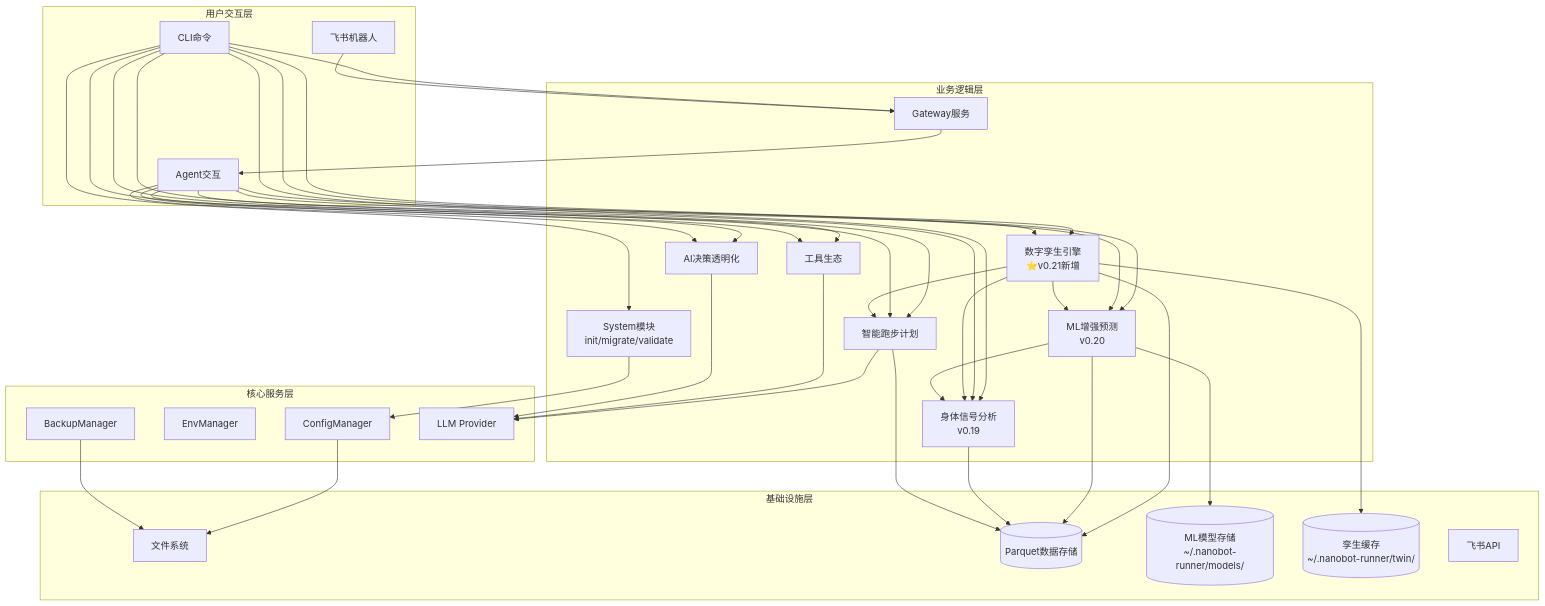
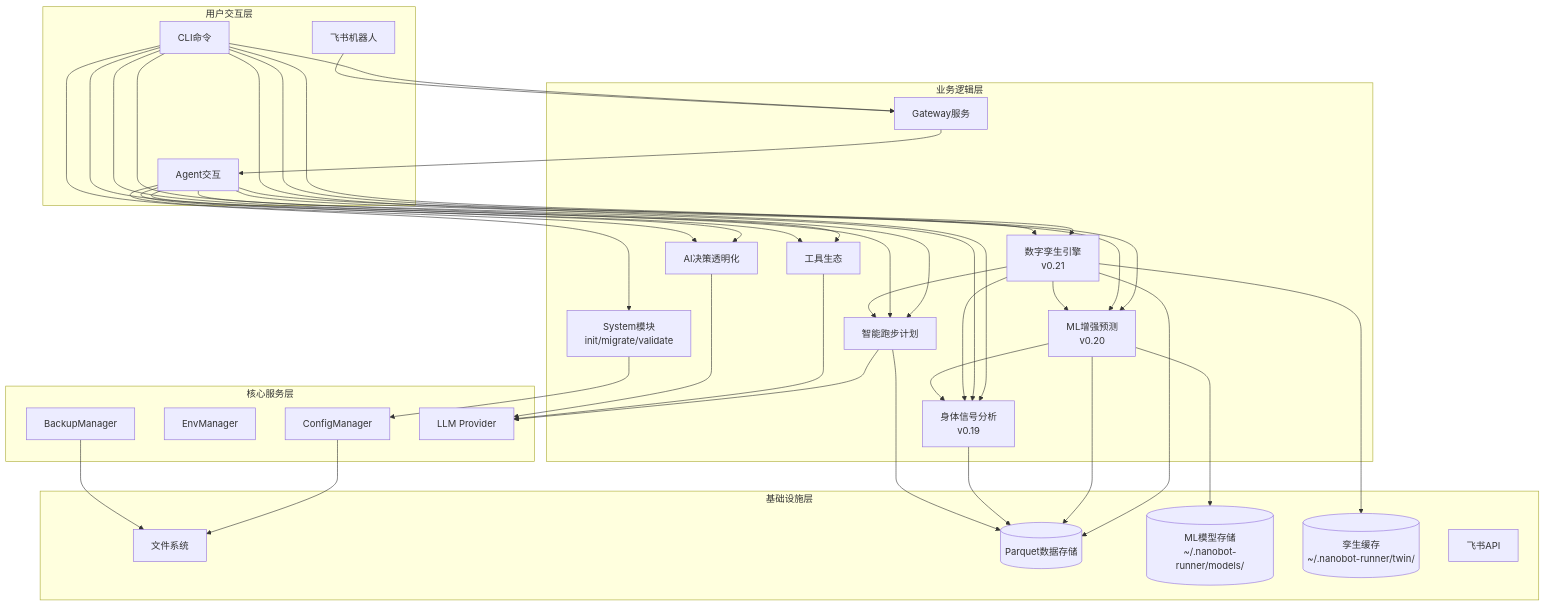
The diagram in docs/architecture/架构设计说明书.md (yecllsl/nanobot-runner), drawn with Mermaid before and after one commit. The commit also changed other lines of this file and 10 other files, not shown here.

````diff
--- a/docs/architecture/架构设计说明书.md
+++ b/docs/architecture/架构设计说明书.md
@@ -133,71 +143,71 @@
 ```mermaid
 graph TB
     subgraph "用户交互层"
         CLI[CLI命令]
         AGENT[Agent交互]
         FEISHU[飞书机器人]
     end
 
     subgraph "业务逻辑层"
         SYSTEM[System模块<br/>init/migrate/validate]
         PLAN[智能跑步计划]
         TOOLS[工具生态]
         TRANSPARENCY[AI决策透明化]
         BODY_SIGNAL[身体信号分析<br/>v0.19]
         PREDICTION[ML增强预测<br/>v0.20]
-        TWIN[数字孪生引擎<br/>⭐v0.21新增]
+        TWIN[数字孪生引擎<br/>v0.21]
         GATEWAY[Gateway服务]
     end
 
     subgraph "核心服务层"
         CONFIG[ConfigManager]
         ENV[EnvManager]
         BACKUP[BackupManager]
         LLM[LLM Provider]
     end
 
     subgraph "基础设施层"
         FS[文件系统]
         DB[(Parquet数据存储)]
         MODELS[(ML模型存储<br/>~/.nanobot-runner/models/)]
         TWIN_CACHE[(孪生缓存<br/>~/.nanobot-runner/twin/)]
         FEISHU_API[飞书API]
     end
 
     CLI --> SYSTEM
     CLI --> PLAN
     CLI --> TOOLS
     CLI --> TRANSPARENCY
     CLI --> BODY_SIGNAL
     CLI --> PREDICTION
     CLI --> TWIN
     CLI --> GATEWAY
 
     AGENT --> PLAN
     AGENT --> TOOLS
     AGENT --> TRANSPARENCY
     AGENT --> BODY_SIGNAL
     AGENT --> PREDICTION
     AGENT --> TWIN
 
     FEISHU --> GATEWAY
     GATEWAY --> AGENT
 
     TWIN --> PREDICTION
     TWIN --> BODY_SIGNAL
     TWIN --> PLAN
     TWIN --> DB
     TWIN --> TWIN_CACHE
     PREDICTION --> BODY_SIGNAL
     PREDICTION --> DB
     PREDICTION --> MODELS
     BODY_SIGNAL --> DB
     PLAN --> LLM
     TOOLS --> LLM
     TRANSPARENCY --> LLM
     SYSTEM --> CONFIG
 
     CONFIG --> FS
     BACKUP --> FS
     PLAN --> DB
 ```
````
